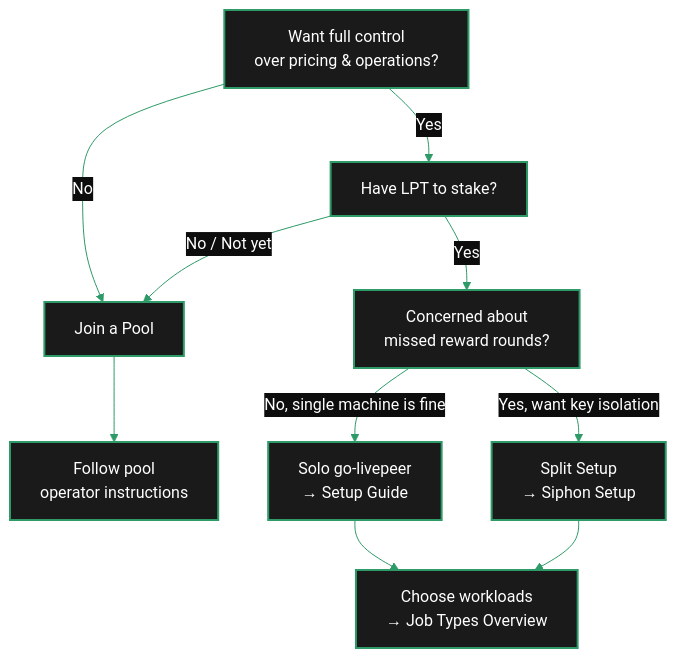
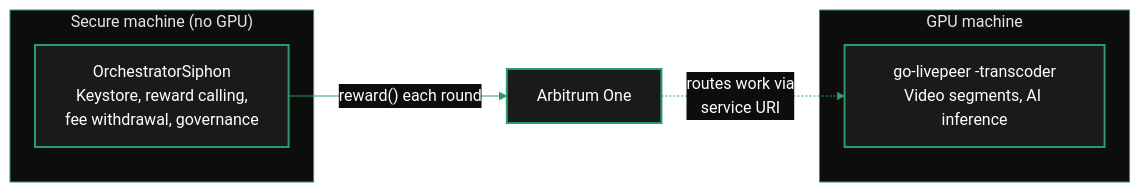
Before and after one commit to sidestream-tech/livepeer-docs: the second of 2 diagrams in v2/orchestrators/guides/deployment-details/setup-options.mdx, drawn with Mermaid. The commit also changed other lines of this file and 59 other files, not shown here.

````diff
--- a/v2/orchestrators/guides/deployment-details/setup-options.mdx
+++ b/v2/orchestrators/guides/deployment-details/setup-options.mdx
@@ -247,18 +169,16 @@
 ```mermaid
-%%{init: {'theme': 'base', 'themeVariables': { 'primaryColor': '#1a1a1a', 'primaryTextColor': '#fff', 'primaryBorderColor': '#2d9a67', 'lineColor': '#2d9a67', 'secondaryColor': '#0d0d0d', 'tertiaryColor': '#1a1a1a', 'background': '#0d0d0d', 'fontFamily': 'system-ui', 'clusterBkg': 'rgba(255,255,255,0.05)', 'clusterBorder': '#2d9a67' }}}%%
-flowchart TD
-    classDef default stroke-width:2px
+%%{init: {'theme': 'base', 'themeVariables': { 'primaryColor': '#1a1a1a', 'primaryTextColor': '#fff', 'primaryBorderColor': '#2d9a67', 'lineColor': '#2d9a67', 'secondaryColor': '#0d0d0d', 'tertiaryColor': '#1a1a1a', 'background': '#0d0d0d', 'fontFamily': 'system-ui' }}}%%
+flowchart LR
+    subgraph S["Secure machine (no GPU)"]
+        SIP["OrchestratorSiphon\nKeystore, reward calling,\nfee withdrawal, governance"]
+    end
+    subgraph G["GPU machine"]
+        T["go-livepeer -transcoder\nVideo segments, AI inference"]
+    end
+    SIP -->|"reward() each round"| CHAIN["Arbitrum One"]
+    CHAIN -.->|"routes work via\nservice URI"| T
 
-    Q1["Want full control\nover pricing & operations?"] -->|No| POOL["Join a Pool"]
-    Q1 -->|Yes| Q2["Have LPT to stake?"]
-
-    Q2 -->|No / Not yet| POOL
-    Q2 -->|Yes| Q3["Concerned about\nmissed reward rounds?"]
-
-    Q3 -->|No, single machine is fine| SOLO["Solo go-livepeer\n→ Setup Guide"]
-    Q3 -->|Yes, want key isolation| SIPHON["Split Setup\n→ Siphon Setup"]
-
-    SOLO --> WORK["Choose workloads\n→ Job Types Overview"]
-    SIPHON --> WORK
-    POOL --> DONE["Follow pool\noperator instructions"]
+    classDef default fill:#1a1a1a,color:#fff,stroke:#2d9a67,stroke-width:2px
+    style S fill:#0d0d0d,stroke:#2d9a67,stroke-width:1px
+    style G fill:#0d0d0d,stroke:#2d9a67,stroke-width:1px
 ```
````
